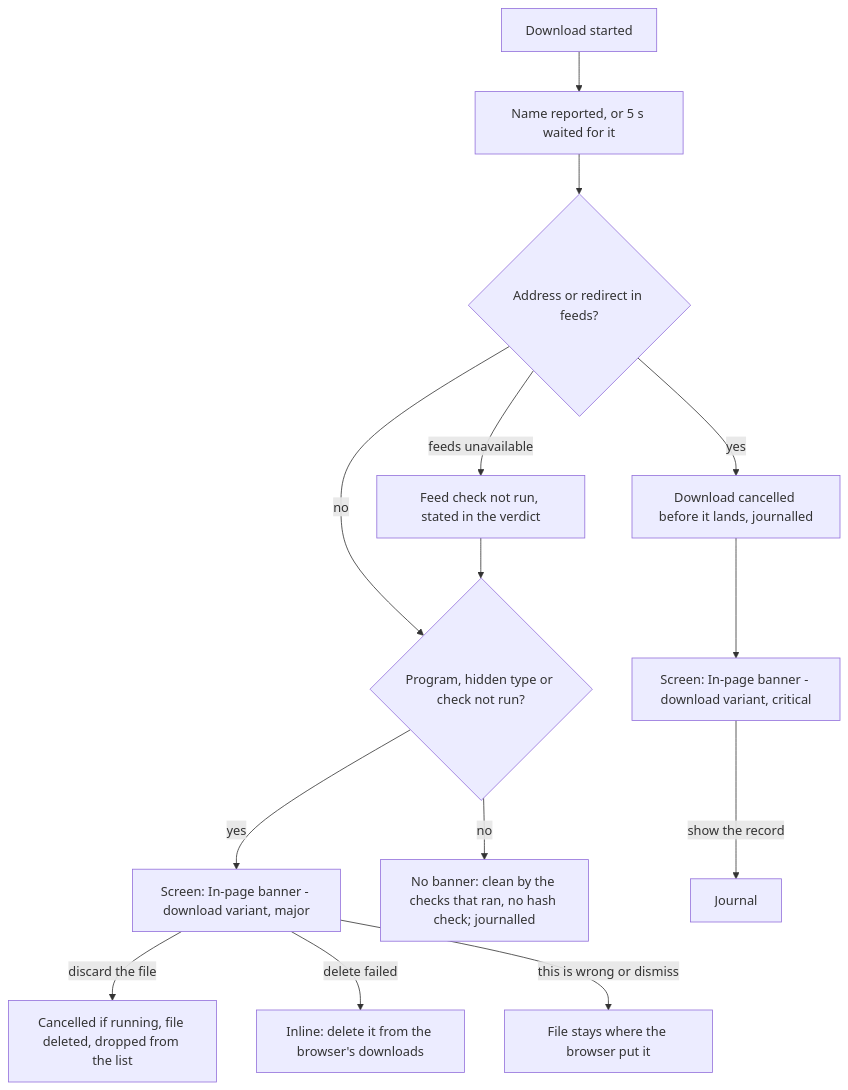
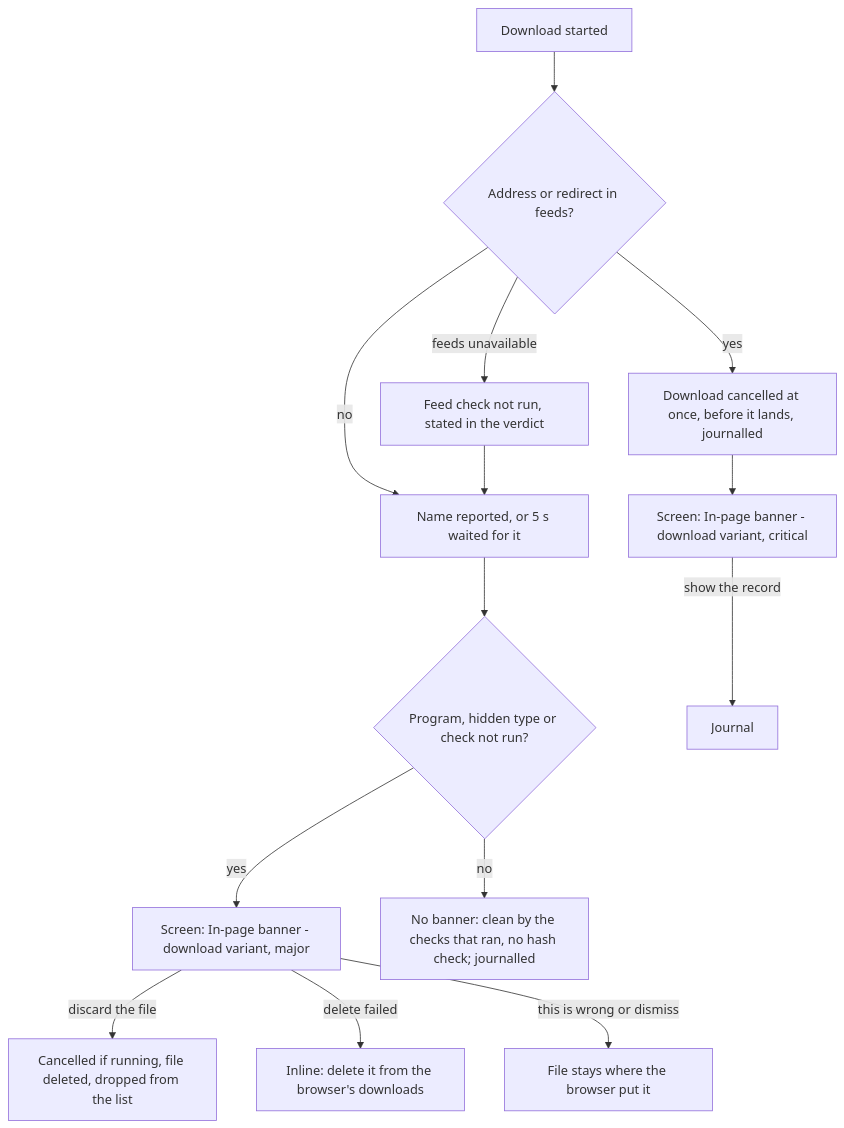
Before and after one commit to passioncode-ai/okolos: the eighth of 23 diagrams in docs/ux/flows.md, drawn with Mermaid. The commit also changed 8 other files, not shown here.

Commit message:
fix(download): the feed check runs the moment a download is created and cancels a listed one at once; only the name checks wait for Chrome's late name (onCreated hands over the item and a `named` promise); router comment and SCN-012, FLW-08 match (B-165, N-107 round 8 seam)

````diff
--- a/docs/ux/flows.md
+++ b/docs/ux/flows.md
@@ -228,16 +228,16 @@
 ```mermaid
 flowchart TD
-  A[Download started] --> N[Name reported, or 5 s waited for it]
-  N --> B{Address or redirect in feeds?}
-  B -->|yes| X[Download cancelled before it lands, journalled]
+  A[Download started] --> B{Address or redirect in feeds?}
+  B -->|yes| X[Download cancelled at once, before it lands, journalled]
   X --> W[Screen: In-page banner - download variant, critical]
-  B -->|no| T{Program, hidden type or check not run?}
+  B -->|no| N[Name reported, or 5 s waited for it]
+  N --> T{Program, hidden type or check not run?}
   T -->|yes| D[Screen: In-page banner - download variant, major]
   T -->|no| G[No banner: clean by the checks that ran, no hash check; journalled]
   W -->|show the record| J[Journal]
   D -->|discard the file| H[Cancelled if running, file deleted, dropped from the list]
   D -->|delete failed| E[Inline: delete it from the browser's downloads]
   D -->|this is wrong or dismiss| I[File stays where the browser put it]
   B -->|feeds unavailable| B_err[Feed check not run, stated in the verdict]
-  B_err --> T
+  B_err --> N
 ```
````
